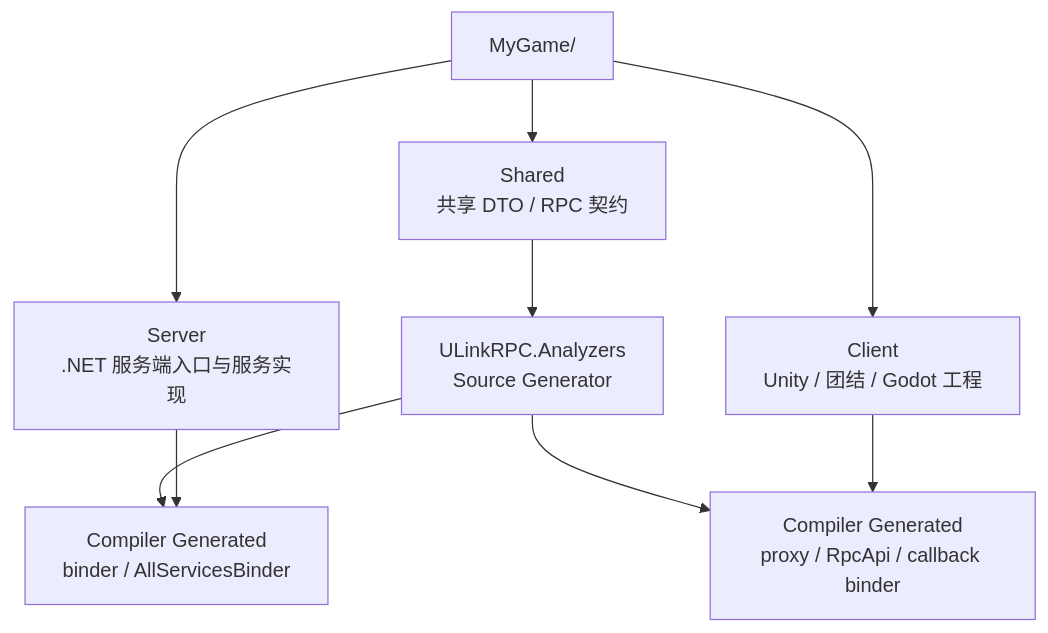
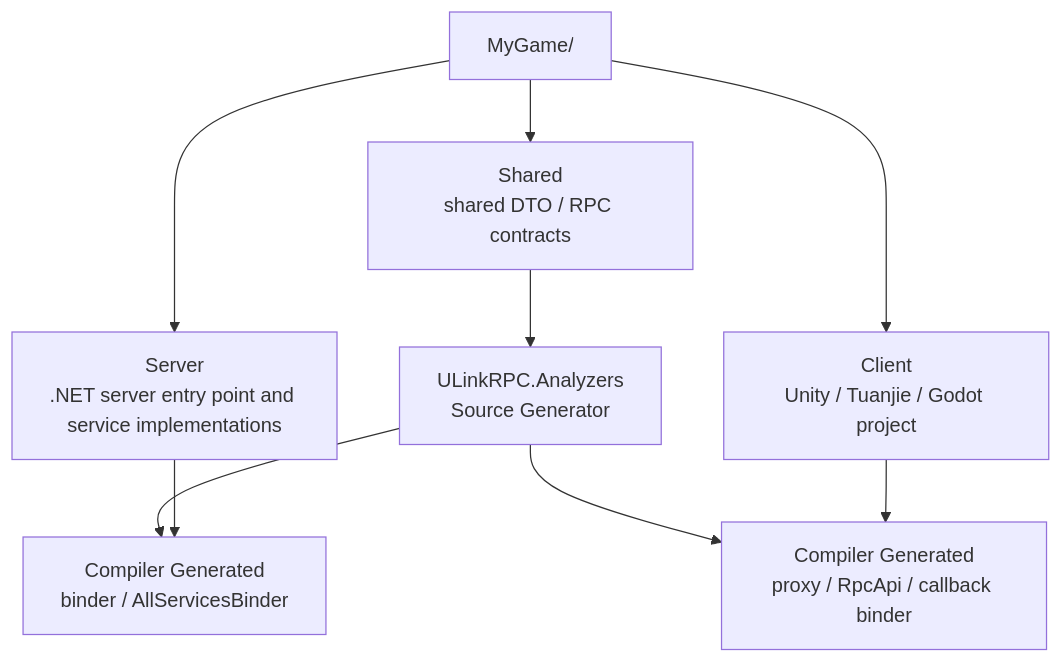
One commit to bruce48x/ULinkRPC changed the first of 2 diagrams in blog/content/posts/ulinkrpc-getting-started.md. Above: the diagram before and after it, drawn with Mermaid. The commit also changed other lines of this file and 17 other files, not shown here.

````diff
--- a/blog/content/posts/ulinkrpc-getting-started.md
+++ b/blog/content/posts/ulinkrpc-getting-started.md
@@ -93,12 +93,12 @@
 ```mermaid
 flowchart TB
-    Root["MyGame/"] --> Shared["Shared<br/>共享 DTO / RPC 契约"]
-    Root --> Server["Server<br/>.NET 服务端入口与服务实现"]
-    Root --> Client["Client<br/>Unity / 团结 / Godot 工程"]
+    Root["MyGame/"] --> Shared["Shared<br/>shared DTO / RPC contracts"]
+    Root --> Server["Server<br/>.NET server entry point and service implementations"]
+    Root --> Client["Client<br/>Unity / Tuanjie / Godot project"]
 
     Shared --> SourceGen["ULinkRPC.Analyzers<br/>Source Generator"]
     SourceGen --> ServerGenerated["Compiler Generated<br/>binder / AllServicesBinder"]
     SourceGen --> ClientGenerated["Compiler Generated<br/>proxy / RpcApi / callback binder"]
     Server --> ServerGenerated
     Client --> ClientGenerated
 ```
````
